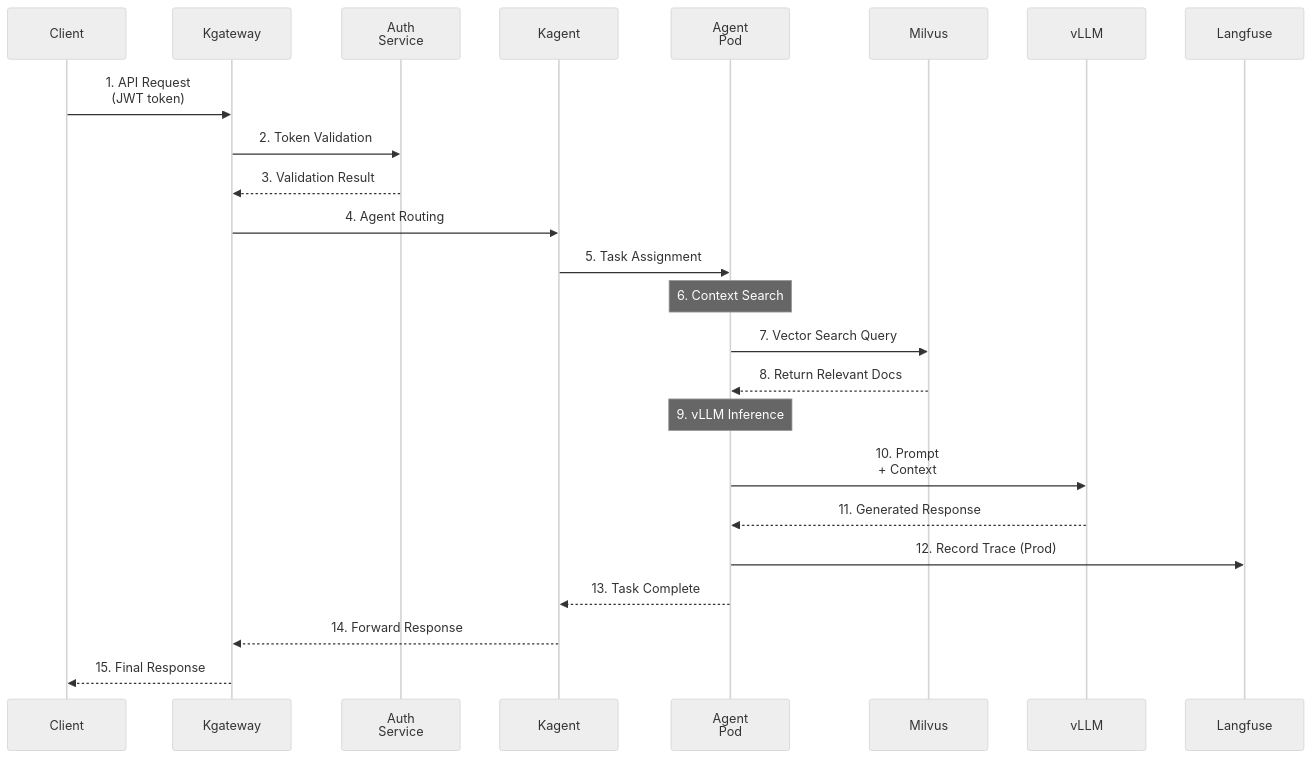
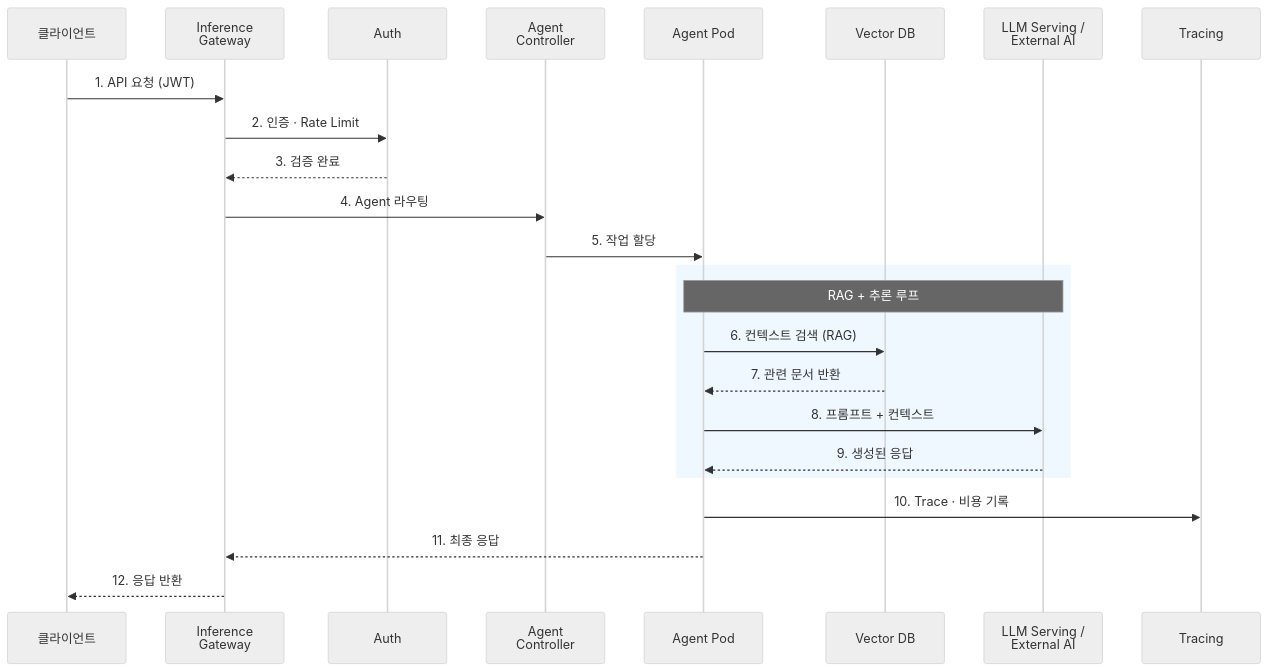
One commit to devfloor9/engineering-playbook changed the fifth of 5 diagrams in i18n/en/docusaurus-plugin-content-docs/current/agentic-ai-platform/design-architecture/agentic-platform-architecture.md. Above: the diagram before and after it, drawn with Mermaid (neutral theme). The commit also changed other lines of this file and 23 other files, not shown here.

````diff
--- a/i18n/en/docusaurus-plugin-content-docs/current/agentic-ai-platform/design-architecture/agentic-platform-architecture.md
+++ b/i18n/en/docusaurus-plugin-content-docs/current/agentic-ai-platform/design-architecture/agentic-platform-architecture.md
@@ -981,30 +300,29 @@
 ```mermaid
 sequenceDiagram
-    participant Client as Client
-    participant Gateway as Kgateway
-    participant Auth as Auth<br/>Service
-    participant Kagent as Kagent
-    participant Agent as Agent<br/>Pod
-    participant Milvus as Milvus
-    participant LLM as vLLM
-    participant Langfuse as Langfuse
+    participant Client as 클라이언트
+    participant Gateway as Inference<br/>Gateway
+    participant Auth as Auth
+    participant Controller as Agent<br/>Controller
+    participant Agent as Agent Pod
+    participant VectorDB as Vector DB
+    participant LLM as LLM Serving /<br/>External AI
+    participant Trace as Tracing
 
-    Client->>Gateway: 1. API Request<br/>(JWT token)
-    Gateway->>Auth: 2. Token Validation
-    Auth-->>Gateway: 3. Validation Result
-    Gateway->>Kagent: 4. Agent Routing
-    Kagent->>Agent: 5. Task Assignment
+    Client->>Gateway: 1. API 요청 (JWT)
+    Gateway->>Auth: 2. 인증 · Rate Limit
+    Auth-->>Gateway: 3. 검증 완료
+    Gateway->>Controller: 4. Agent 라우팅
+    Controller->>Agent: 5. 작업 할당
 
-    Note over Agent: 6. Context Search
-    Agent->>Milvus: 7. Vector Search Query
-    Milvus-->>Agent: 8. Return Relevant Docs
+    rect rgb(240, 248, 255)
+    Note over Agent,LLM: RAG + 추론 루프
+    Agent->>VectorDB: 6. 컨텍스트 검색 (RAG)
+    VectorDB-->>Agent: 7. 관련 문서 반환
+    Agent->>LLM: 8. 프롬프트 + 컨텍스트
+    LLM-->>Agent: 9. 생성된 응답
+    end
 
-    Note over Agent: 9. vLLM Inference
-    Agent->>LLM: 10. Prompt<br/>+ Context
-    LLM-->>Agent: 11. Generated Response
-
-    Agent->>Langfuse: 12. Record Trace (Prod)
-    Agent-->>Kagent: 13. Task Complete
-    Kagent-->>Gateway: 14. Forward Response
-    Gateway-->>Client: 15. Final Response
+    Agent->>Trace: 10. Trace · 비용 기록
+    Agent-->>Gateway: 11. 최종 응답
+    Gateway-->>Client: 12. 응답 반환
 ```
````
